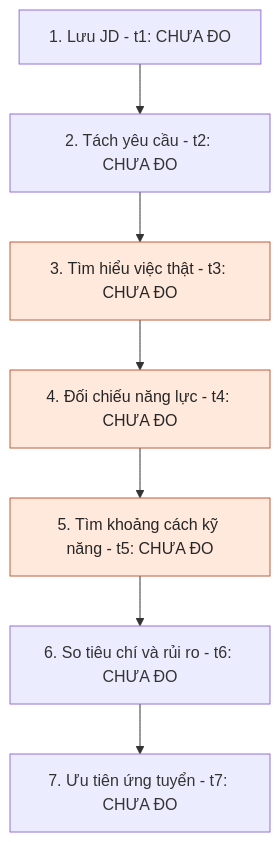
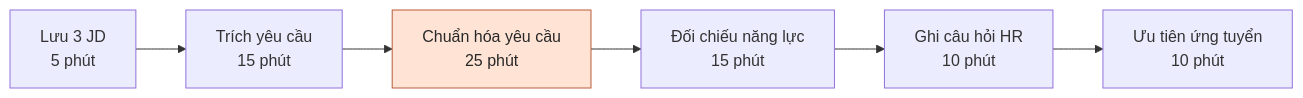
One commit to duhocsinh4to10/K5-L3B-Day02-NHOMSH-DiscoveryProblemFraming changed the third of 3 diagrams in report/individual/2A202603946_NguyenQuangTiep.md. Above: the diagram before and after it, drawn with Mermaid. The commit also changed other lines of this file, not shown here.

````diff
--- a/report/individual/2A202603946_NguyenQuangTiep.md
+++ b/report/individual/2A202603946_NguyenQuangTiep.md
@@ -167,11 +124,9 @@
 ```mermaid
-flowchart TD
-    A[1. Lưu JD - t1: CHƯA ĐO] --> B[2. Tách yêu cầu - t2: CHƯA ĐO]
-    B --> C[3. Tìm hiểu việc thật - t3: CHƯA ĐO]
-    C --> D[4. Đối chiếu năng lực - t4: CHƯA ĐO]
-    D --> E[5. Tìm khoảng cách kỹ năng - t5: CHƯA ĐO]
-    E --> F[6. So tiêu chí và rủi ro - t6: CHƯA ĐO]
-    F --> G[7. Ưu tiên ứng tuyển - t7: CHƯA ĐO]
-    classDef risk fill:#ffe8dc,stroke:#c15c38,color:#262626;
-    class C,D,E risk;
+flowchart LR
+    A[Lưu 3 JD<br/>5 phút] --> B[Trích yêu cầu<br/>15 phút]
+    B --> C[Chuẩn hóa yêu cầu<br/>25 phút]
+    C --> D[Đối chiếu năng lực<br/>15 phút]
+    D --> E[Ghi câu hỏi HR<br/>10 phút]
+    E --> F[Ưu tiên ứng tuyển<br/>10 phút]
+    style C fill:#ffe4d6,stroke:#b95c39,color:#282828
 ```
````
